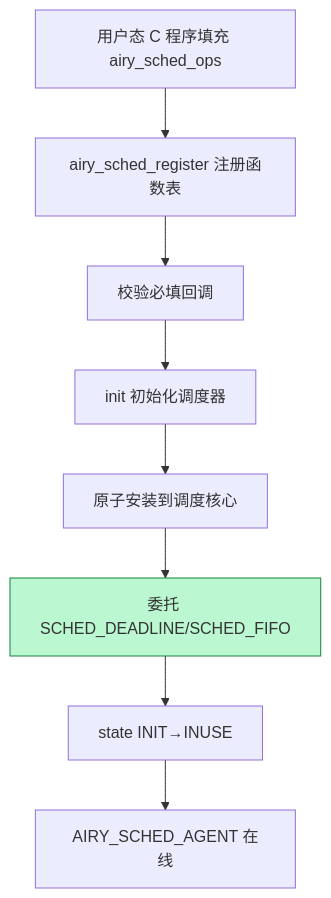
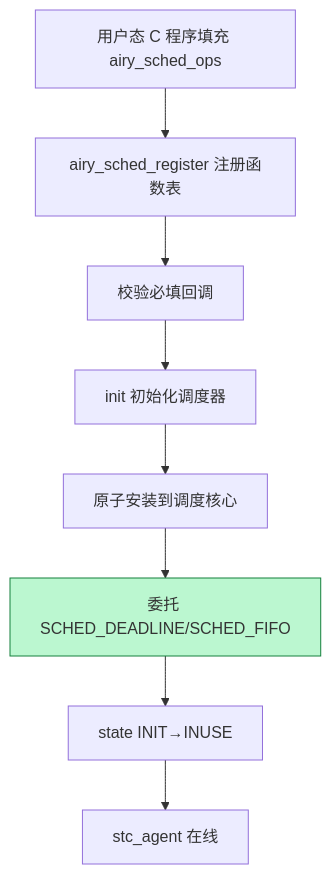
Before and after one commit to openairymax/docs-linux: the fifth of 6 diagrams in 90-observability/02-ebpf-probes.md, drawn with Mermaid. The commit also changed other lines of this file and 181 other files, not shown here.

Commit message:
docs: 批量更新文档中的IRON-9版本与调度器命名 1. 将所有IRON-9 v2引用升级为IRON-9 v3，统一四层共享模型版本号 2. 将方案C-Prime、AIRY_SCHED_AGENT相关表述替换为sched_tac、stc_agent 3. 更新OpenStandards/README.md的许可证信息为CC-BY-4.0

````diff
--- a/90-observability/02-ebpf-probes.md
+++ b/90-observability/02-ebpf-probes.md
@@ -416,11 +416,11 @@
 ```mermaid
 graph TD
     A[用户态 C 程序填充 airy_sched_ops] --> B[airy_sched_register 注册函数表]
     B --> C[校验必填回调]
     C --> D[init 初始化调度器]
     D --> E[原子安装到调度核心]
     E --> F[委托 SCHED_DEADLINE/SCHED_FIFO]
     F --> G[state INIT→INUSE]
-    G --> H[AIRY_SCHED_AGENT 在线]
+    G --> H[stc_agent 在线]
     style F fill:#bbf7d0,stroke:#15803d
 ```
````
